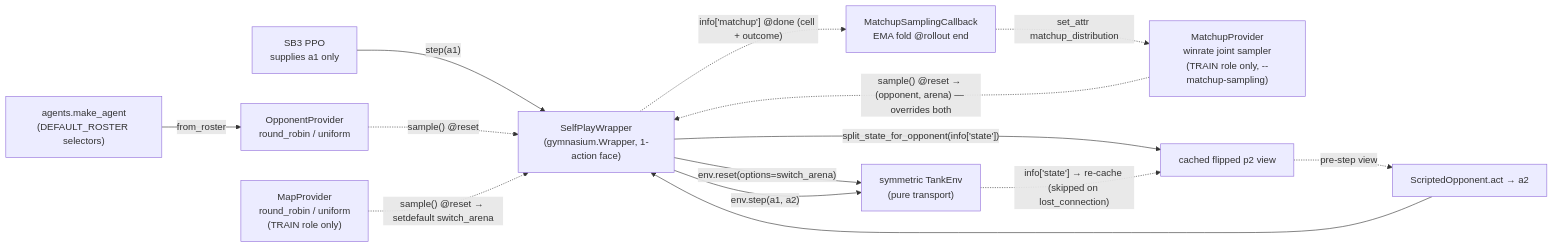
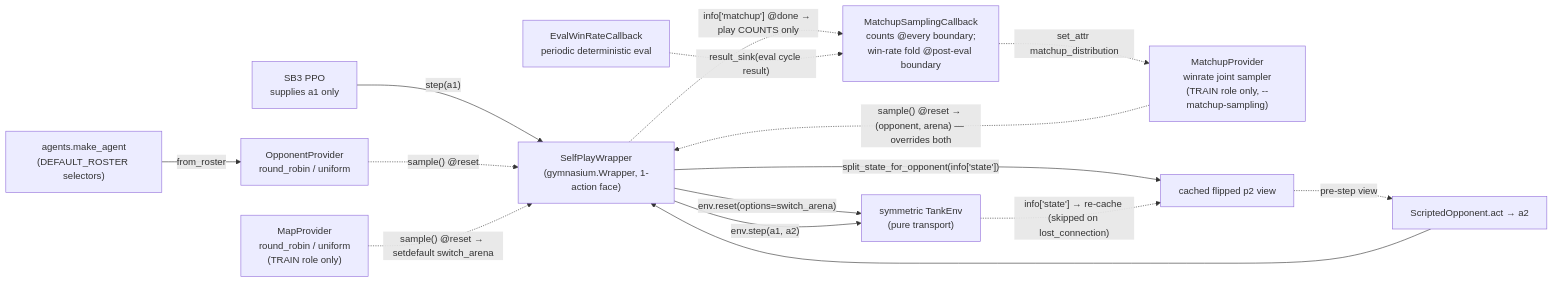
Before and after one commit to urciuolim/TankTwinStickShooter: the second of 2 diagrams in docs/components/rl.md, drawn with Mermaid. The commit also changed other lines of this file and 7 other files, not shown here.

````diff
--- a/docs/components/rl.md
+++ b/docs/components/rl.md
@@ -68,16 +68,17 @@
 ```mermaid
 graph LR
     sb3["SB3 PPO<br/>supplies a1 only"] -->|"step(a1)"| wrap["SelfPlayWrapper<br/>(gymnasium.Wrapper, 1-action face)"]
     prov["OpponentProvider<br/>round_robin / uniform"] -.->|"sample() @reset"| wrap
     agents["agents.make_agent<br/>(DEFAULT_ROSTER selectors)"] -->|from_roster| prov
     maps["MapProvider<br/>round_robin / uniform<br/>(TRAIN role only)"] -.->|"sample() @reset → setdefault switch_arena"| wrap
     matchup["MatchupProvider<br/>winrate joint sampler<br/>(TRAIN role only, --matchup-sampling)"] -.->|"sample() @reset → (opponent, arena) — overrides both"| wrap
-    wrap -.->|"info['matchup'] @done (cell + outcome)"| mcb["MatchupSamplingCallback<br/>EMA fold @rollout end"]
+    wrap -.->|"info['matchup'] @done → play COUNTS only"| mcb["MatchupSamplingCallback<br/>counts @every boundary;<br/>win-rate fold @post-eval boundary"]
+    ecb["EvalWinRateCallback<br/>periodic deterministic eval"] -.->|"result_sink(eval cycle result)"| mcb
     mcb -.->|"set_attr matchup_distribution"| matchup
     wrap -->|"split_state_for_opponent(info['state'])"| flip["cached flipped p2 view"]
     flip -.->|pre-step view| opp["ScriptedOpponent.act → a2"]
     opp --> wrap
     wrap -->|"env.reset(options=switch_arena)"| env["symmetric TankEnv<br/>(pure transport)"]
     wrap -->|"env.step(a1, a2)"| env
     env -.->|"info['state'] → re-cache (skipped on lost_connection)"| flip
 ```
````
